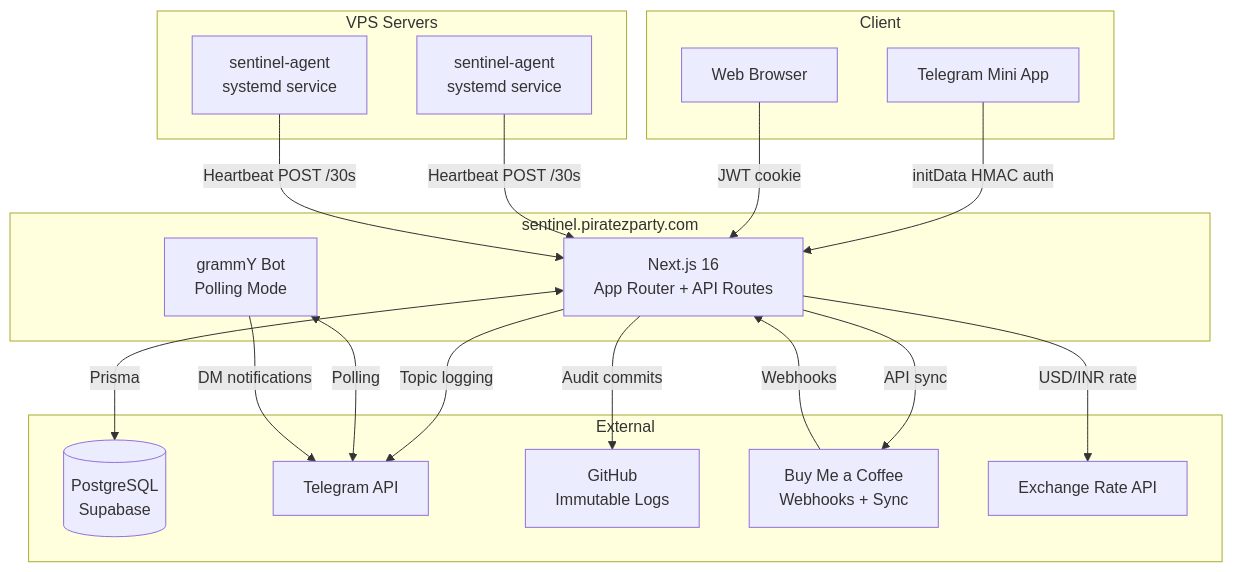
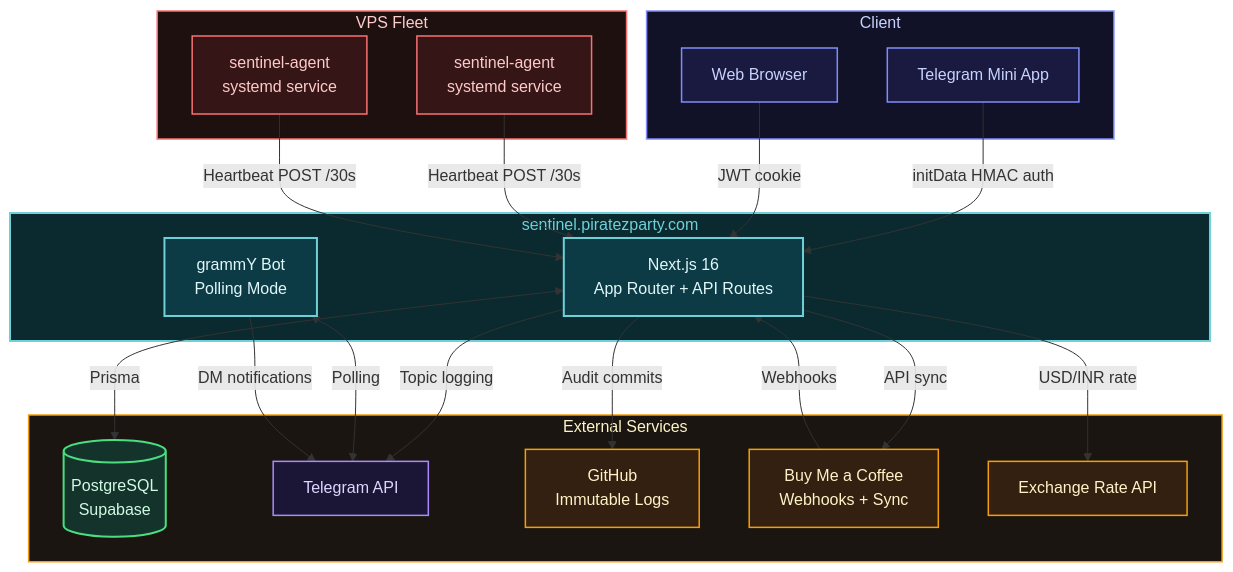
One commit to zxcvresque/Pzp-Sentinel changed the first of 4 diagrams in README.md. Above: the diagram before and after it, drawn with Mermaid. The commit also changed other lines of this file, not shown here.

First line of the commit message:
docs: add color styling to all Mermaid diagrams in README

````diff
--- a/README.md
+++ b/README.md
@@ -27,38 +27,59 @@
 ```mermaid
 graph TB
-  subgraph Client
+  subgraph Client[" Client "]
     TMA[Telegram Mini App]
     Browser[Web Browser]
   end
 
-  subgraph Sentinel["sentinel.piratezparty.com"]
+  subgraph Sentinel[" sentinel.piratezparty.com "]
     Next[Next.js 16<br/>App Router + API Routes]
     Bot[grammY Bot<br/>Polling Mode]
   end
 
-  subgraph External
+  subgraph External[" External Services "]
     Supabase[(PostgreSQL<br/>Supabase)]
     TG[Telegram API]
     GH[GitHub<br/>Immutable Logs]
     BMC[Buy Me a Coffee<br/>Webhooks + Sync]
     FX[Exchange Rate API]
   end
 
-  subgraph VPS Servers
+  subgraph Infra[" VPS Fleet "]
     Agent1[sentinel-agent<br/>systemd service]
     Agent2[sentinel-agent<br/>systemd service]
   end
 
   TMA -->|initData HMAC auth| Next
   Browser -->|JWT cookie| Next
   Next <-->|Prisma| Supabase
   Next -->|Topic logging| TG
   Next -->|Audit commits| GH
   Bot <-->|Polling| TG
   Bot -->|DM notifications| TG
   BMC -->|Webhooks| Next
   Next -->|API sync| BMC
   Next -->|USD/INR rate| FX
   Agent1 -->|Heartbeat POST /30s| Next
   Agent2 -->|Heartbeat POST /30s| Next
+
+  classDef core fill:#0d3b45,stroke:#6FD1D7,color:#e0f7fa,stroke-width:2px
+  classDef client fill:#1a1a40,stroke:#818cf8,color:#c7d2fe,stroke-width:1.5px
+  classDef db fill:#14332a,stroke:#4ade80,color:#d1fae5,stroke-width:2px
+  classDef telegram fill:#1c1636,stroke:#a78bfa,color:#ddd6fe,stroke-width:1.5px
+  classDef extservice fill:#332010,stroke:#f59e0b,color:#fef3c7,stroke-width:1.5px
+  classDef infra fill:#351515,stroke:#f87171,color:#fecaca,stroke-width:1.5px
+
+  class Next,Bot core
+  class TMA,Browser client
+  class Supabase db
+  class TG telegram
+  class GH extservice
+  class BMC extservice
+  class FX extservice
+  class Agent1,Agent2 infra
+
+  style Client fill:#111128,stroke:#818cf8,stroke-width:1.5px,color:#c7d2fe
+  style Sentinel fill:#0a2a30,stroke:#6FD1D7,stroke-width:2px,color:#6FD1D7
+  style External fill:#1a1510,stroke:#f59e0b,stroke-width:1.5px,color:#fef3c7
+  style Infra fill:#1f1010,stroke:#f87171,stroke-width:1.5px,color:#fecaca
 ```
````
